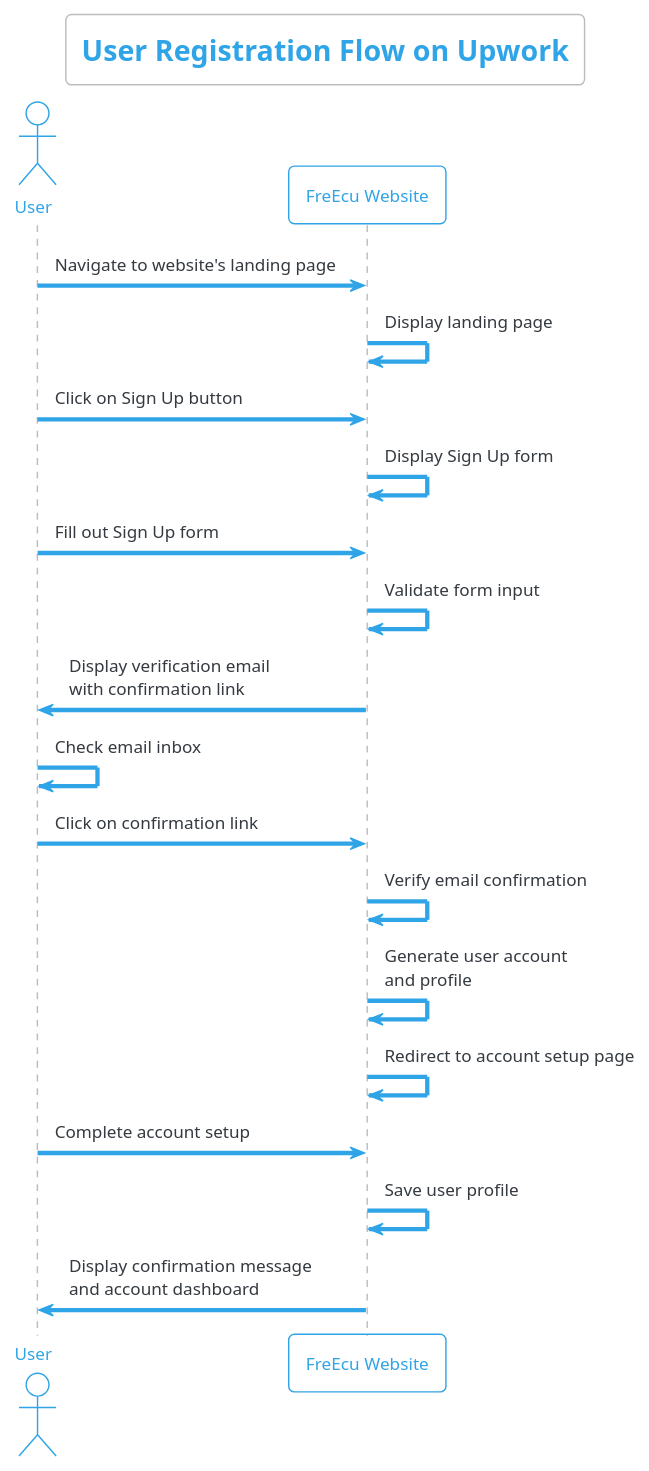
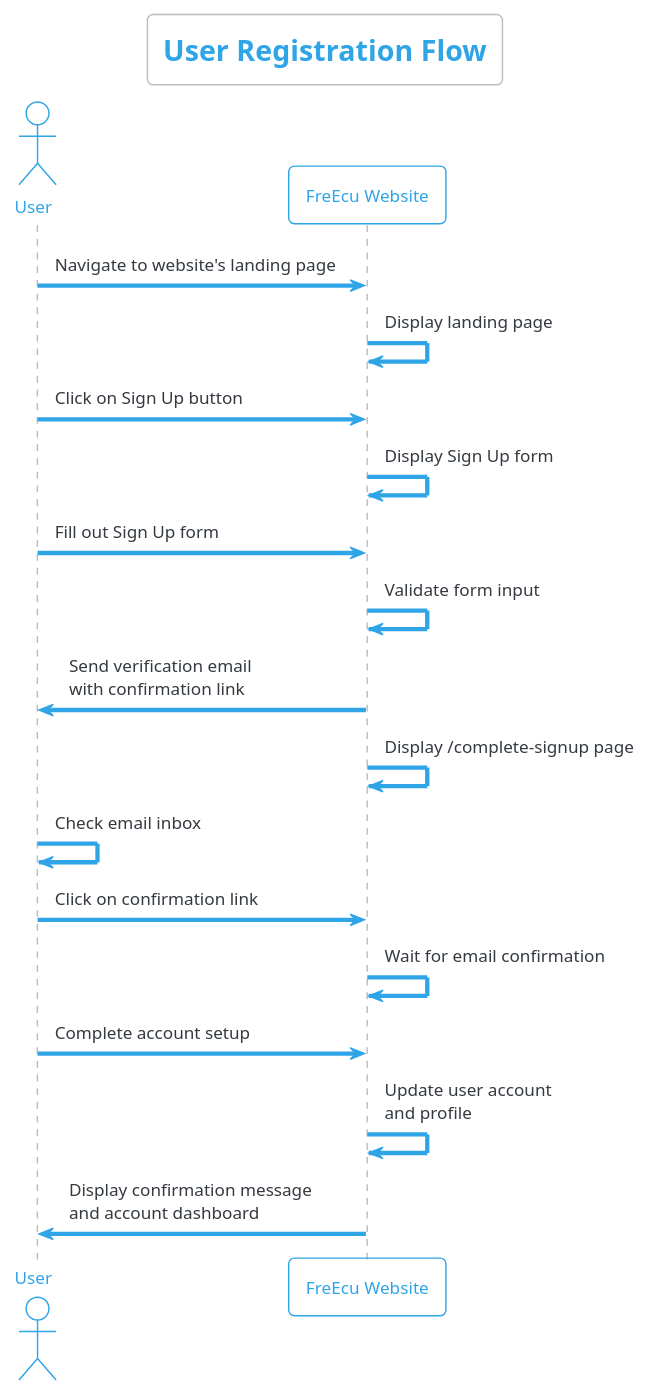
The diagram in src/uml/registration.puml (sebas-rom/proyectointegrador), drawn with PlantUML before and after one commit.

Commit message:
improved

```diff
--- a/src/uml/registration.puml
+++ b/src/uml/registration.puml
@@ -1,25 +1,24 @@
 @startuml registration
 
 !theme cerulean-outline
 skinparam defaultFontName Arial
-title User Registration Flow on Upwork
+title User Registration Flow
 
 actor User as U
 participant "FreEcu Website" as WEB
 
 U -> WEB: Navigate to website's landing page
 WEB -> WEB: Display landing page
 U -> WEB: Click on Sign Up button
 WEB -> WEB: Display Sign Up form
 U -> WEB: Fill out Sign Up form
 WEB -> WEB: Validate form input
-WEB -> U: Display verification email\nwith confirmation link
+WEB -> U: Send verification email\nwith confirmation link
+WEB -> WEB: Display /complete-signup page
 U -> U: Check email inbox
 U -> WEB: Click on confirmation link
-WEB -> WEB: Verify email confirmation
-WEB -> WEB: Generate user account\nand profile
-WEB -> WEB: Redirect to account setup page
+WEB -> WEB: Wait for email confirmation
 U -> WEB: Complete account setup
-WEB -> WEB: Save user profile
+WEB -> WEB: Update user account\nand profile
 WEB -> U: Display confirmation message\nand account dashboard
 @enduml
```
